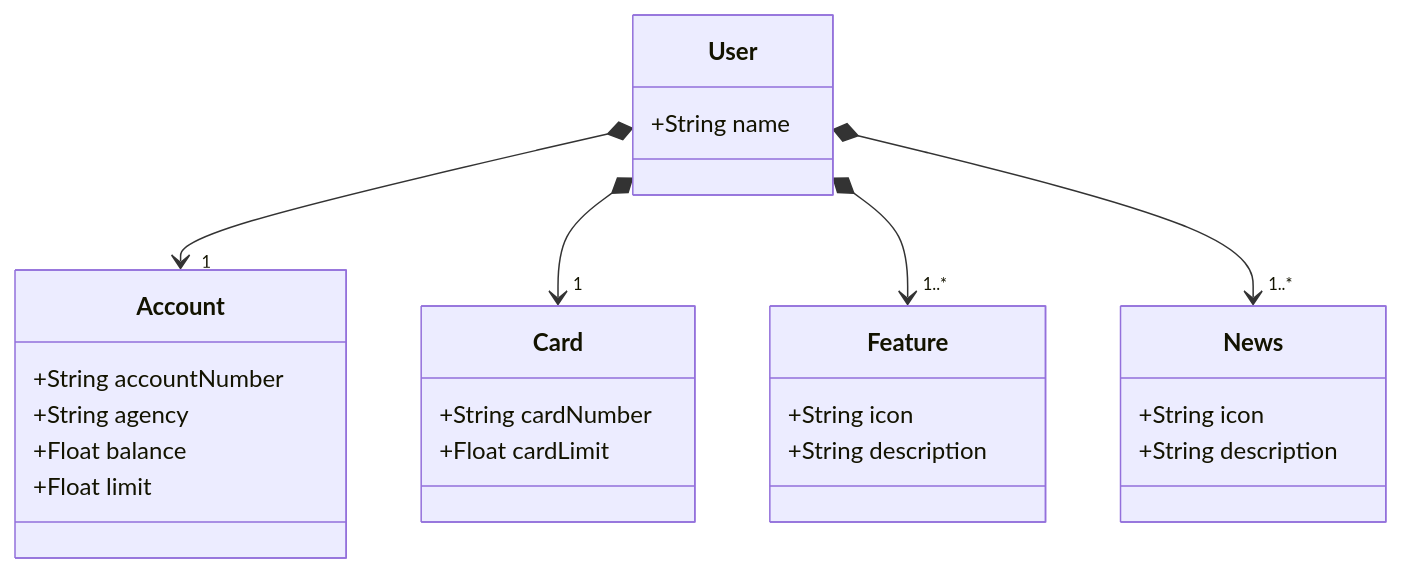
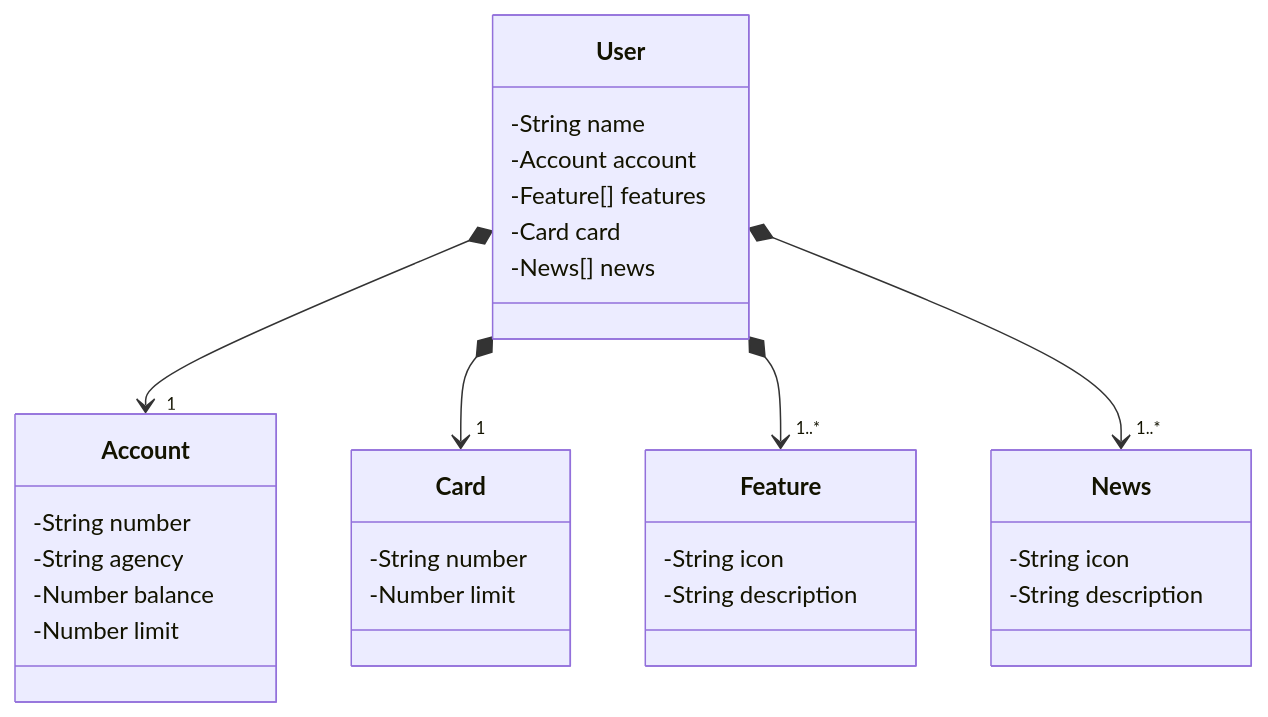
The diagram in README.md (AnaBeatrizBentoSilva/dio-restful-api-santander-dev-week-2023), drawn with Mermaid before and after one commit.

````diff
--- a/README.md
+++ b/README.md
@@ -6,33 +6,37 @@
 ```mermaid
 classDiagram
   class User {
-    +String name
+    -String name
+    -Account account
+    -Feature[] features
+    -Card card
+    -News[] news
   }
 
   class Account {
-    +String accountNumber
-    +String agency
-    +Float balance
-    +Float limit
+    -String number
+    -String agency
+    -Number balance
+    -Number limit
   }
 
   class Feature {
-    +String icon
-    +String description
+    -String icon
+    -String description
   }
 
   class Card {
-    +String cardNumber
-    +Float cardLimit
+    -String number
+    -Number limit
   }
 
   class News {
-    +String icon
-    +String description
+    -String icon
+    -String description
   }
 
   User *--> "1" Account
   User *--> "1" Card
   User *--> "1..*" Feature
   User *--> "1..*" News
 ```
````
